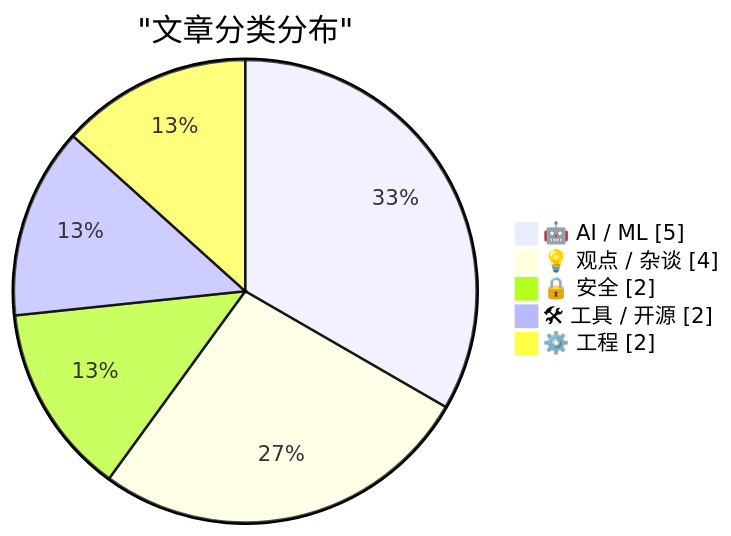
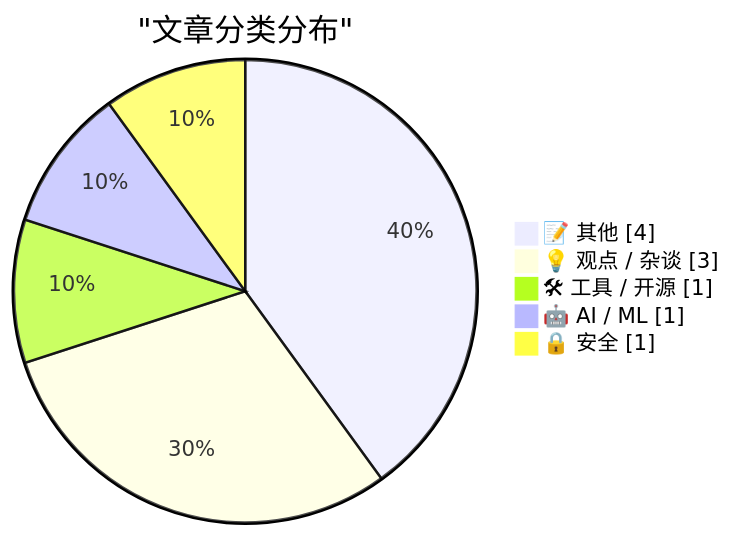
One commit to NicCraver/ai-daily-digest-web changed the first of 2 diagrams in data/digest-20260422.md. Above: the diagram before and after it, drawn with Mermaid. The commit also changed other lines of this file and 31 other files, not shown here.

````diff
--- a/data/digest-20260422.md
+++ b/data/digest-20260422.md
@@ -53,9 +53,9 @@
 ```mermaid
 pie showData
     title "文章分类分布"
-    "🤖 AI / ML" : 5
-    "💡 观点 / 杂谈" : 4
-    "🔒 安全" : 2
-    "🛠 工具 / 开源" : 2
-    "⚙️ 工程" : 2
+    "📝 其他" : 4
+    "💡 观点 / 杂谈" : 3
+    "🛠 工具 / 开源" : 1
+    "🤖 AI / ML" : 1
+    "🔒 安全" : 1
 ```
````
